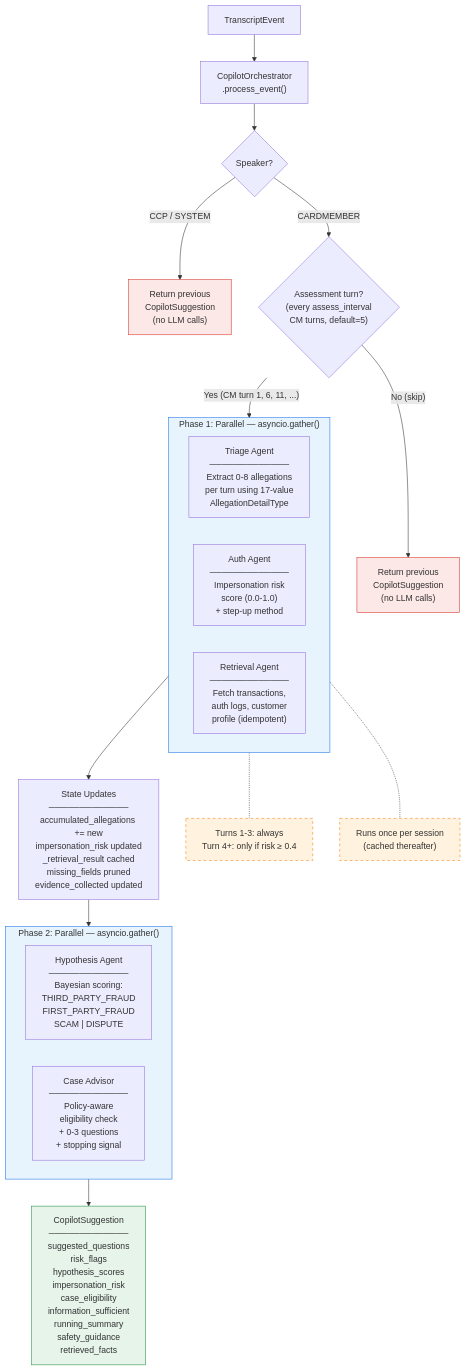
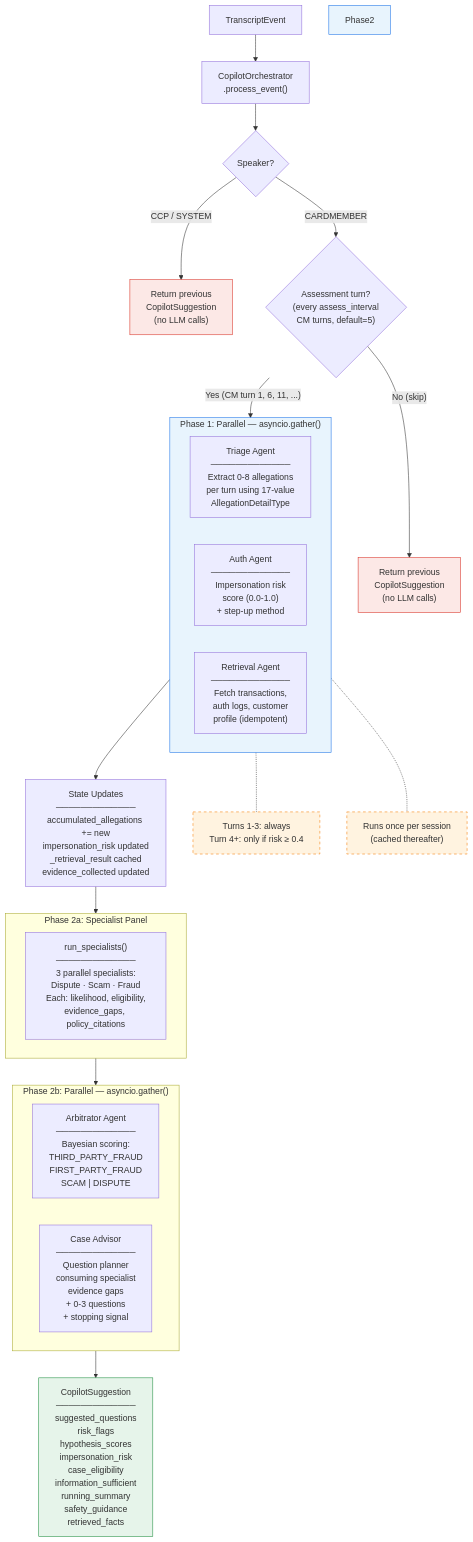
The diagram in doc/copilot-workflow.md (hjf1997/agentic_fraud_servicing), drawn with Mermaid before and after one commit. The commit also changed other lines of this file and 20 other files, not shown here.

First line of the commit message:
refactor(copilot): lift specialist panel to orchestrator level

````diff
--- a/doc/copilot-workflow.md
+++ b/doc/copilot-workflow.md
@@ -9,41 +9,48 @@
 ```mermaid
 flowchart TD
     Event["TranscriptEvent"] --> Orch["CopilotOrchestrator<br/>.process_event()"]
 
     Orch --> SpeakerCheck{Speaker?}
 
     SpeakerCheck -->|CCP / SYSTEM| ReturnPrev["Return previous<br/>CopilotSuggestion<br/>(no LLM calls)"]
     SpeakerCheck -->|CARDMEMBER| IntervalCheck
 
     IntervalCheck{"Assessment turn?<br/>(every assess_interval<br/>CM turns, default=5)"} -->|"No (skip)"| ReturnPrev2["Return previous<br/>CopilotSuggestion<br/>(no LLM calls)"]
     IntervalCheck -->|"Yes (CM turn 1, 6, 11, ...)"| Phase1
 
     subgraph Phase1["Phase 1: Parallel — asyncio.gather()"]
         direction LR
         Triage["Triage Agent<br/>─────────────<br/>Extract 0-8 allegations<br/>per turn using 17-value<br/>AllegationDetailType"]
         Auth["Auth Agent<br/>─────────────<br/>Impersonation risk<br/>score (0.0-1.0)<br/>+ step-up method"]
         Retrieval["Retrieval Agent<br/>─────────────<br/>Fetch transactions,<br/>auth logs, customer<br/>profile (idempotent)"]
     end
 
-    Phase1 --> StateUpdate["State Updates<br/>─────────────<br/>accumulated_allegations += new<br/>impersonation_risk updated<br/>_retrieval_result cached<br/>missing_fields pruned<br/>evidence_collected updated"]
+    Phase1 --> StateUpdate["State Updates<br/>─────────────<br/>accumulated_allegations += new<br/>impersonation_risk updated<br/>_retrieval_result cached<br/>evidence_collected updated"]
 
-    subgraph Phase2["Phase 2: Parallel — asyncio.gather()"]
-        direction LR
-        Hyp["Hypothesis Agent<br/>─────────────<br/>Bayesian scoring:<br/>THIRD_PARTY_FRAUD<br/>FIRST_PARTY_FRAUD<br/>SCAM | DISPUTE"]
-        CaseAdv["Case Advisor<br/>─────────────<br/>Policy-aware<br/>eligibility check<br/>+ 0-3 questions<br/>+ stopping signal"]
+    StateUpdate --> Phase2a
+
+    subgraph Phase2a["Phase 2a: Specialist Panel"]
+        Specs["run_specialists()<br/>─────────────<br/>3 parallel specialists:<br/>Dispute · Scam · Fraud<br/>Each: likelihood, eligibility,<br/>evidence_gaps, policy_citations"]
     end
 
-    StateUpdate --> Phase2
-    Phase2 --> Output["CopilotSuggestion<br/>─────────────<br/>suggested_questions<br/>risk_flags<br/>hypothesis_scores<br/>impersonation_risk<br/>case_eligibility<br/>information_sufficient<br/>running_summary<br/>safety_guidance<br/>retrieved_facts"]
+    Phase2a --> Phase2b
+
+    subgraph Phase2b["Phase 2b: Parallel — asyncio.gather()"]
+        direction LR
+        Arb["Arbitrator Agent<br/>─────────────<br/>Bayesian scoring:<br/>THIRD_PARTY_FRAUD<br/>FIRST_PARTY_FRAUD<br/>SCAM | DISPUTE"]
+        CaseAdv["Case Advisor<br/>─────────────<br/>Question planner<br/>consuming specialist<br/>evidence gaps<br/>+ 0-3 questions<br/>+ stopping signal"]
+    end
+
+    Phase2b --> Output["CopilotSuggestion<br/>─────────────<br/>suggested_questions<br/>risk_flags<br/>hypothesis_scores<br/>impersonation_risk<br/>case_eligibility<br/>information_sufficient<br/>running_summary<br/>safety_guidance<br/>retrieved_facts"]
 
     Auth -.- AuthNote["Turns 1-3: always<br/>Turn 4+: only if risk ≥ 0.4"]
     Retrieval -.- RetrNote["Runs once per session<br/>(cached thereafter)"]
 
     style Phase1 fill:#e8f4fd,stroke:#1a73e8
     style Phase2 fill:#e8f4fd,stroke:#1a73e8
     style Output fill:#e6f4ea,stroke:#1e8e3e
     style ReturnPrev fill:#fce8e6,stroke:#d93025
     style ReturnPrev2 fill:#fce8e6,stroke:#d93025
     style AuthNote fill:#fff3e0,stroke:#f57c00,stroke-dasharray: 5 5
     style RetrNote fill:#fff3e0,stroke:#f57c00,stroke-dasharray: 5 5
 ```
````
